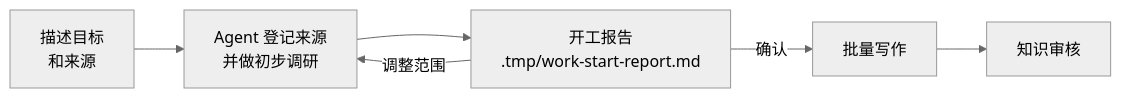
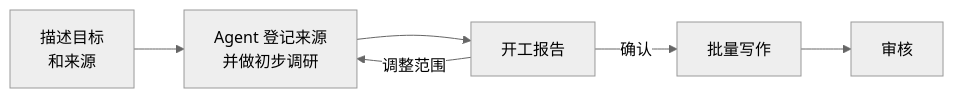
Before and after one commit to context4ai/portal: the diagram in translations/zh-CN/sop/planning-and-production/start-reports.md, drawn with Mermaid (neutral theme). The commit also changed other lines of this file and 129 other files, not shown here.

````diff
--- a/translations/zh-CN/sop/planning-and-production/start-reports.md
+++ b/translations/zh-CN/sop/planning-and-production/start-reports.md
@@ -16,8 +16,8 @@
 ```mermaid
 flowchart LR
   talk["描述目标<br/>和来源"] --> inv["Agent 登记来源<br/>并做初步调研"]
-  inv --> rep["开工报告<br/>.tmp/work-start-report.md"]
-  rep -->|调整范围| inv
-  rep -->|确认| write["批量写作"]
-  write --> review["知识审核"]
+  inv --> rep["开工报告"]
+  rep -->|"调整范围"| inv
+  rep -->|"确认"| write["批量写作"]
+  write --> review["审核"]
 ```
````
